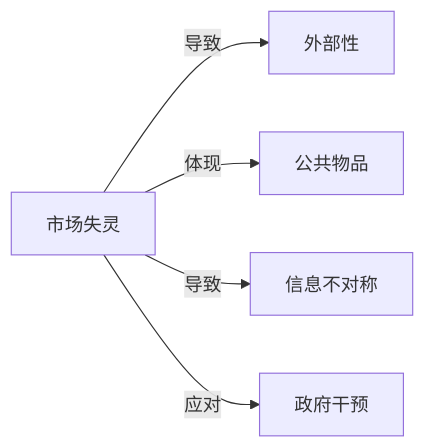
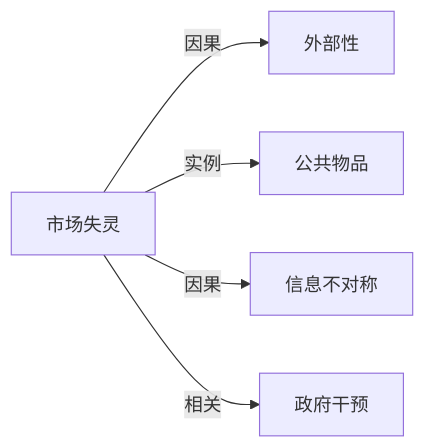
Before and after one commit to KIMMCHOW/MyKnowledge: the diagram in Knowledge/Concepts/经济/市场失灵.md, drawn with Mermaid. The commit also changed 95 other files, not shown here.

Commit message:
reorganize: 统一关系图边标签为11类

````diff
--- a/Knowledge/Concepts/经济/市场失灵.md
+++ b/Knowledge/Concepts/经济/市场失灵.md
@@ -46,7 +46,7 @@
 ```mermaid
 graph LR
-市场失灵 -->|导致| 外部性
-市场失灵 -->|体现| 公共物品
-市场失灵 -->|导致| 信息不对称
-市场失灵 -->|应对| 政府干预
+市场失灵 -->|因果| 外部性
+市场失灵 -->|实例| 公共物品
+市场失灵 -->|因果| 信息不对称
+市场失灵 -->|相关| 政府干预
 ```
````
